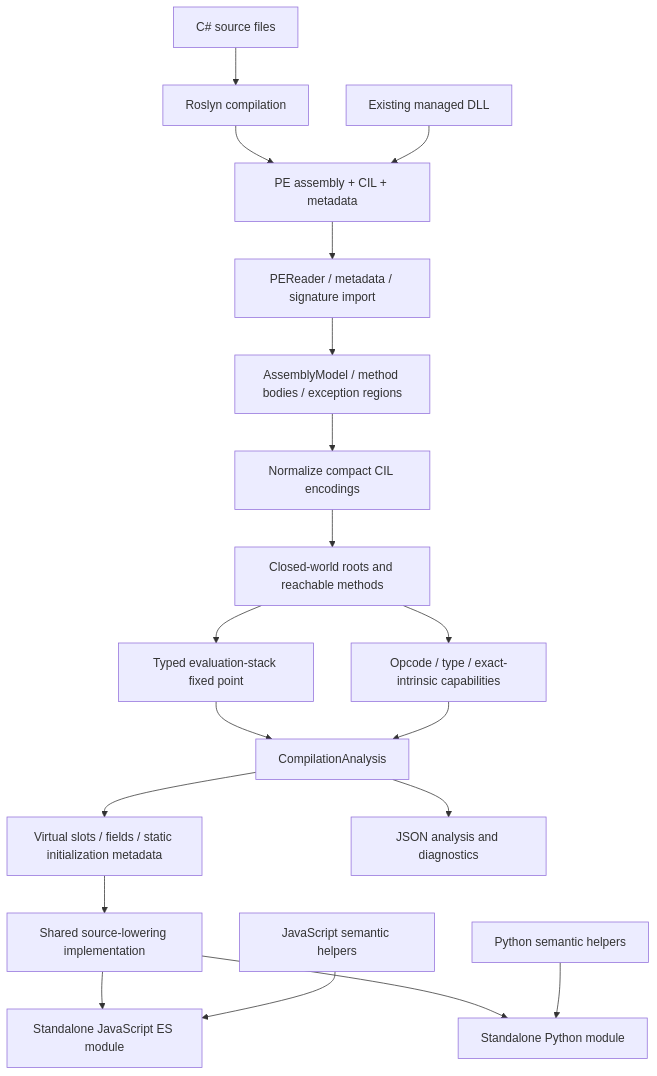
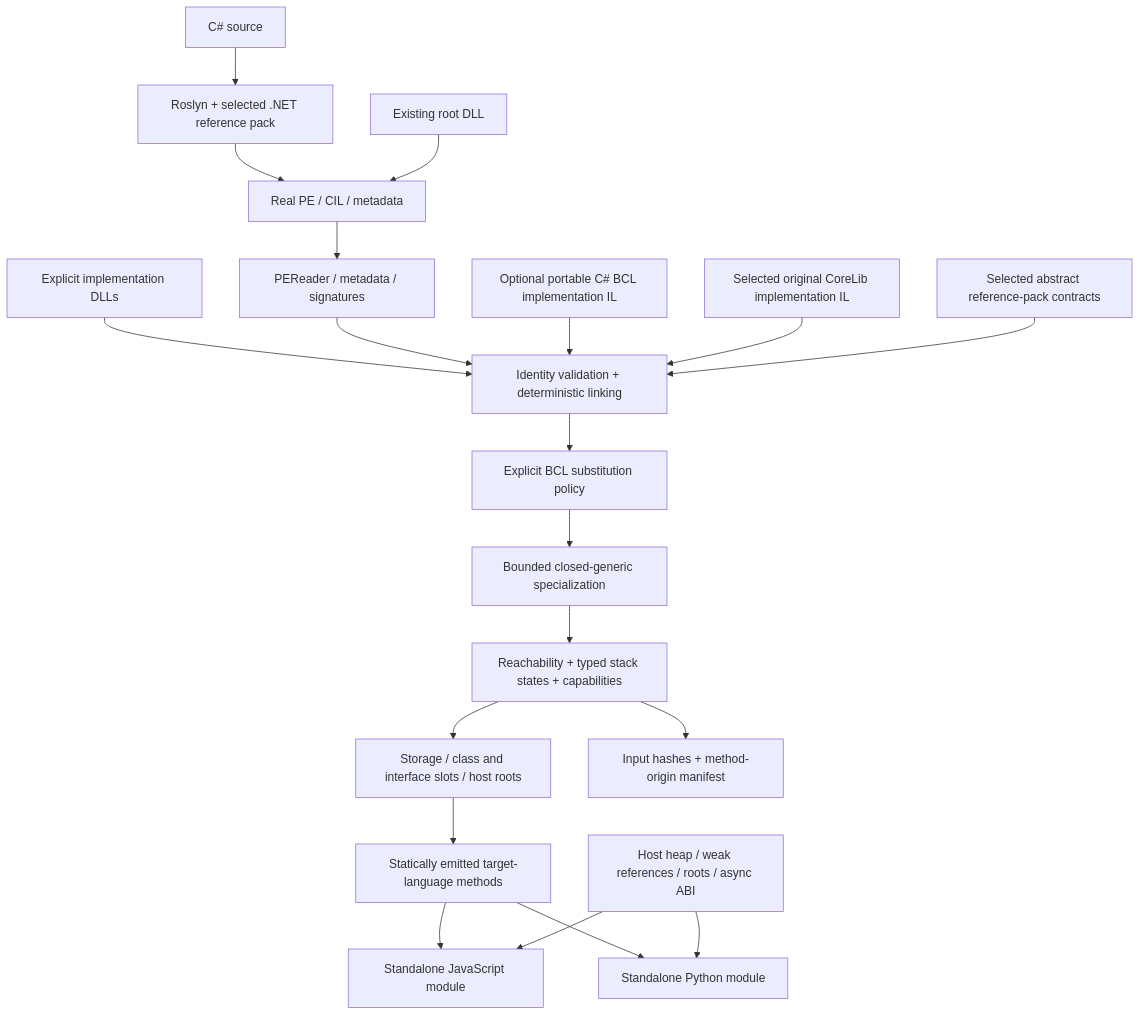
Before and after one commit to wieslawsoltes/Transpiler: the diagram in docs/architecture.md, drawn with Mermaid. The commit also changed other lines of this file and 10 other files, not shown here.

Commit message:
docs(architecture): specify linked BCL origins, generic storage, cooperative async and host lifetime ABI

````diff
--- a/docs/architecture.md
+++ b/docs/architecture.md
@@ -9,21 +7,22 @@
 ```mermaid
 flowchart TB
-    CS[C# source files] --> ROS[Roslyn compilation]
-    ROS --> PE[PE assembly + CIL + metadata]
-    DLL[Existing managed DLL] --> PE
-    PE --> IMPORT[PEReader / metadata / signature import]
-    IMPORT --> MODEL[AssemblyModel / method bodies / exception regions]
-    MODEL --> NORMAL[Normalize compact CIL encodings]
-    NORMAL --> REACH[Closed-world roots and reachable methods]
-    REACH --> VERIFY[Typed evaluation-stack fixed point]
-    REACH --> CAP[Opcode / type / exact-intrinsic capabilities]
-    VERIFY --> ANALYSIS[CompilationAnalysis]
-    CAP --> ANALYSIS
-    ANALYSIS --> LINK[Virtual slots / fields / static initialization metadata]
-    LINK --> EMIT[Shared source-lowering implementation]
-    EMIT --> JS[Standalone JavaScript ES module]
+    CS[C# source] --> ROS[Roslyn + selected .NET reference pack]
+    ROS --> PE[Real PE / CIL / metadata]
+    DLL[Existing root DLL] --> PE
+    PE --> IMPORT[PEReader / metadata / signatures]
+    DEPS[Explicit implementation DLLs] --> LINK[Identity validation + deterministic linking]
+    IMPORT --> LINK
+    BCL[Optional portable C# BCL implementation IL] --> LINK
+    ORIGINAL[Selected original CoreLib implementation IL] --> LINK
+    CONTRACT[Selected abstract reference-pack contracts] --> LINK
+    LINK --> POLICY[Explicit BCL substitution policy]
+    POLICY --> GENERIC[Bounded closed-generic specialization]
+    GENERIC --> ANALYSIS[Reachability + typed stack states + capabilities]
+    ANALYSIS --> META[Storage / class and interface slots / host roots]
+    META --> EMIT[Statically emitted target-language methods]
+    EMIT --> JS[Standalone JavaScript module]
     EMIT --> PY[Standalone Python module]
-    JSRT[JavaScript semantic helpers] --> JS
-    PYRT[Python semantic helpers] --> PY
-    ANALYSIS --> IR[JSON analysis and diagnostics]
+    SERVICES[Host heap / weak references / roots / async ABI] --> JS
+    SERVICES --> PY
+    ANALYSIS --> MANIFEST[Input hashes + method-origin manifest]
 ```
````
